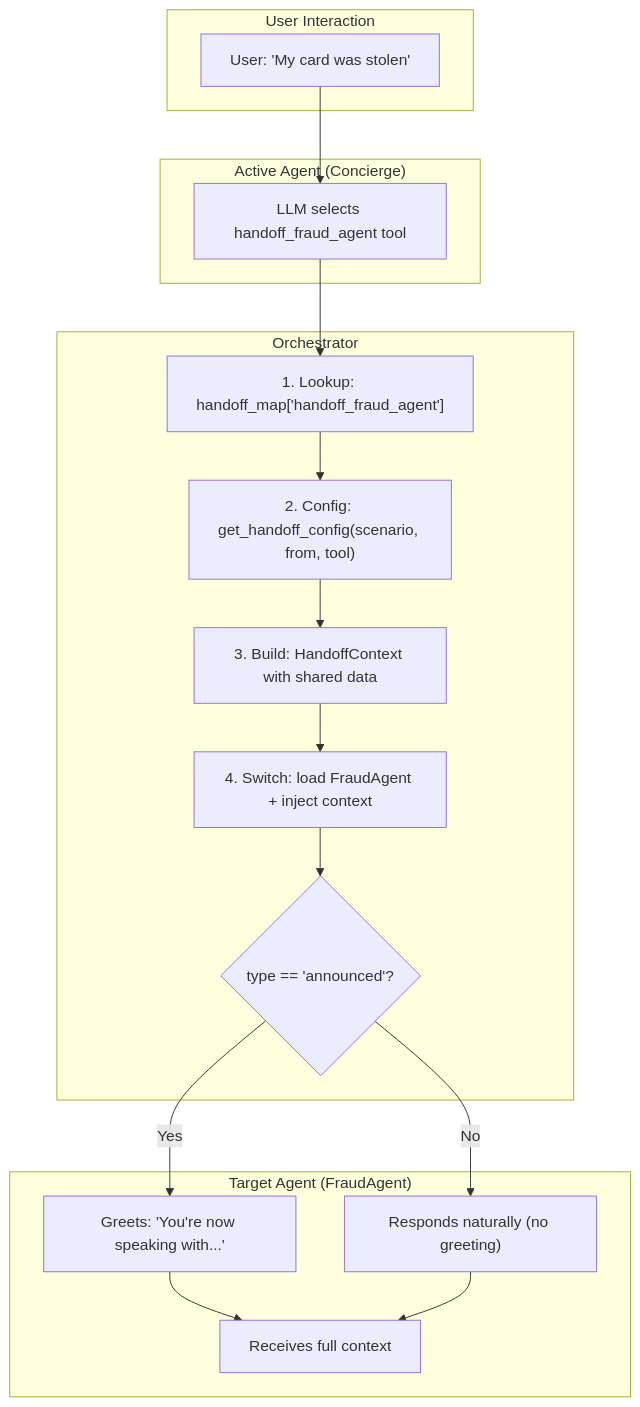
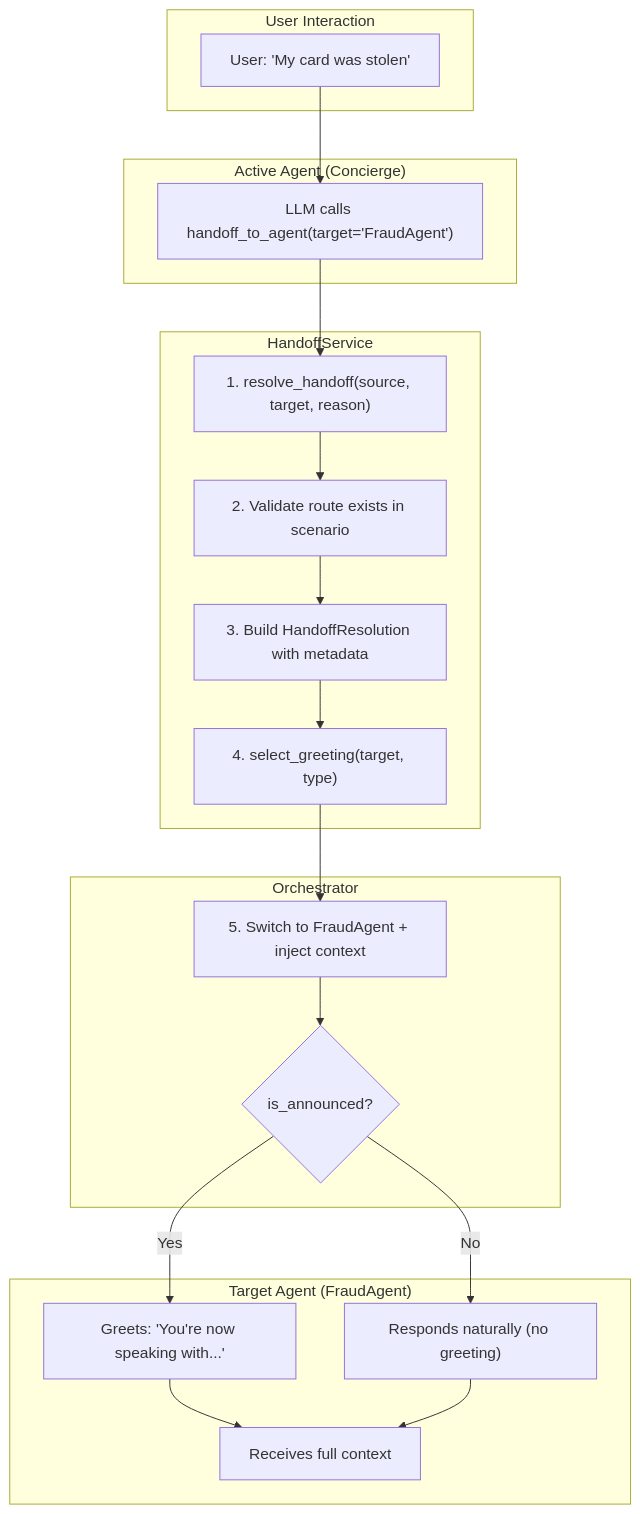
One commit to Azure-Samples/art-voice-agent-accelerator changed the fourth of 6 diagrams in docs/architecture/agents/handoffs.md. Above: the diagram before and after it, drawn with Mermaid. The commit also changed other lines of this file and 62 other files, not shown here.

````diff
--- a/docs/architecture/agents/handoffs.md
+++ b/docs/architecture/agents/handoffs.md
@@ -425,35 +519,40 @@
 ```mermaid
 flowchart TD
     subgraph Input["User Interaction"]
         A["User: 'My card was stolen'"]
     end
     
     subgraph Agent["Active Agent (Concierge)"]
-        B["LLM selects handoff_fraud_agent tool"]
+        B["LLM calls handoff_to_agent(target='FraudAgent')"]
+    end
+    
+    subgraph Service["HandoffService"]
+        C["1. resolve_handoff(source, target, reason)"]
+        D["2. Validate route exists in scenario"]
+        E["3. Build HandoffResolution with metadata"]
+        F["4. select_greeting(target, type)"]
     end
     
     subgraph Orch["Orchestrator"]
-        C["1. Lookup: handoff_map['handoff_fraud_agent']"]
-        D["2. Config: get_handoff_config(scenario, from, tool)"]
-        E["3. Build: HandoffContext with shared data"]
-        F["4. Switch: load FraudAgent + inject context"]
-        G{"type == 'announced'?"}
+        G["5. Switch to FraudAgent + inject context"]
+        H{"is_announced?"}
     end
     
     subgraph Target["Target Agent (FraudAgent)"]
-        H["Receives full context"]
         I["Greets: 'You're now speaking with...'"]
         J["Responds naturally (no greeting)"]
+        K["Receives full context"]
     end
 
     A --> B
     B --> C
     C --> D
     D --> E
     E --> F
     F --> G
-    G -->|Yes| I
-    G -->|No| J
-    I --> H
-    J --> H
+    G --> H
+    H -->|Yes| I
+    H -->|No| J
+    I --> K
+    J --> K
 ```
````
